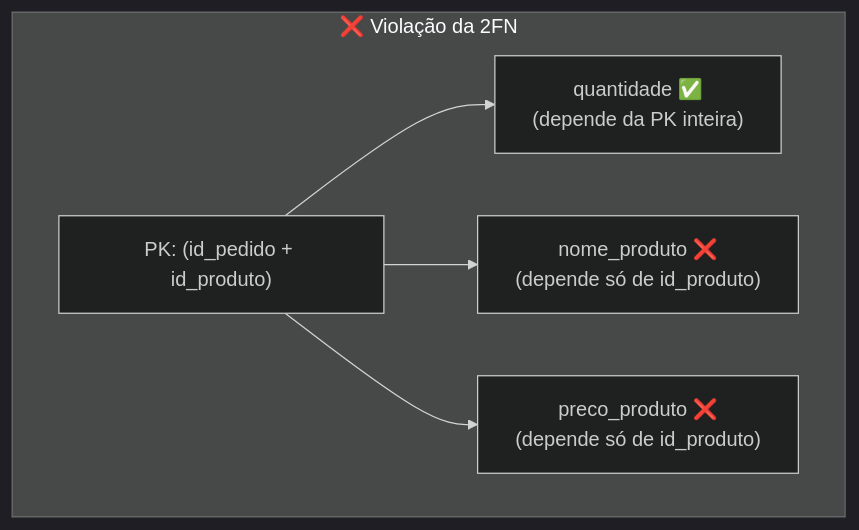
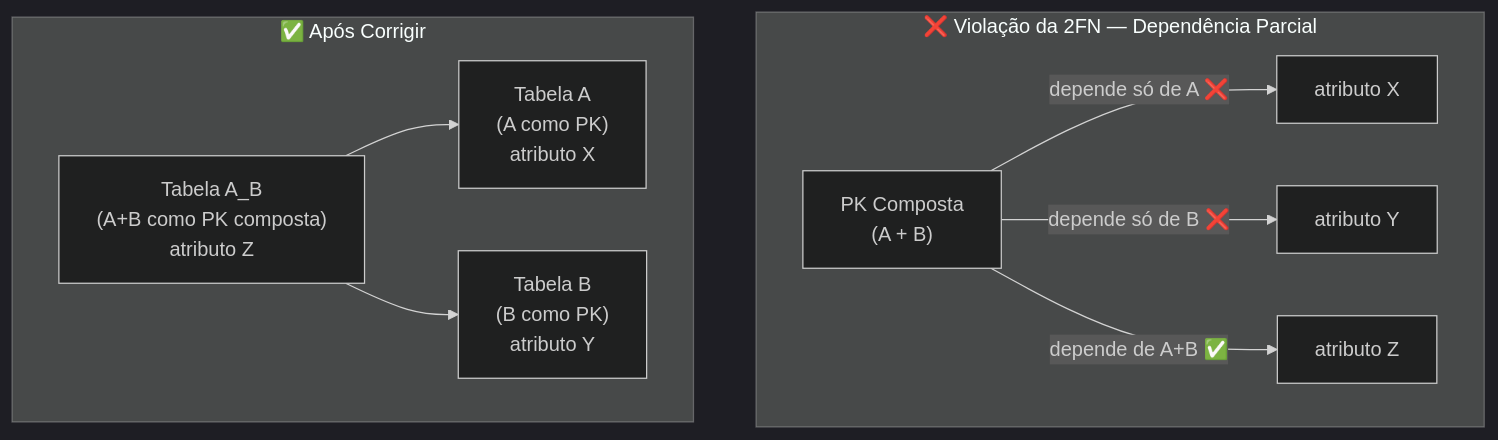
One commit to GTI-Fatec-Jahu/Banco_Dados_Aplicacoes-GTI changed the second of 5 diagrams in aulas/Aula_05_Normalizacao.md. Above: the diagram before and after it, drawn with Mermaid (dark theme). The commit also changed other lines of this file, not shown here.

````diff
--- a/aulas/Aula_05_Normalizacao.md
+++ b/aulas/Aula_05_Normalizacao.md
@@ -65,12 +310,17 @@
 ```mermaid
 flowchart TD
-    subgraph VIOLACAO["❌ Violação da 2FN"]
-        PK["PK: (id_pedido + id_produto)"]
-        PK --> Q["quantidade ✅
-(depende da PK inteira)"]
-        PK --> NP["nome_produto ❌
-(depende só de id_produto)"]
-        PK --> PP["preco_produto ❌
-(depende só de id_produto)"]
+    subgraph VIOLACAO_2FN["❌ Violação da 2FN — Dependência Parcial"]
+        PK2["PK Composta\n(A + B)"]
+        PK2 -->|"depende só de A ❌"| X["atributo X"]
+        PK2 -->|"depende só de B ❌"| Y["atributo Y"]
+        PK2 -->|"depende de A+B ✅"| Z["atributo Z"]
+    end
+
+    subgraph CORRECAO_2FN["✅ Após Corrigir"]
+        TA["Tabela A\n(A como PK)\natributo X"]
+        TB["Tabela B\n(B como PK)\natributo Y"]
+        TAB["Tabela A_B\n(A+B como PK composta)\natributo Z"]
+        TAB --> TA
+        TAB --> TB
     end
 ```
````
